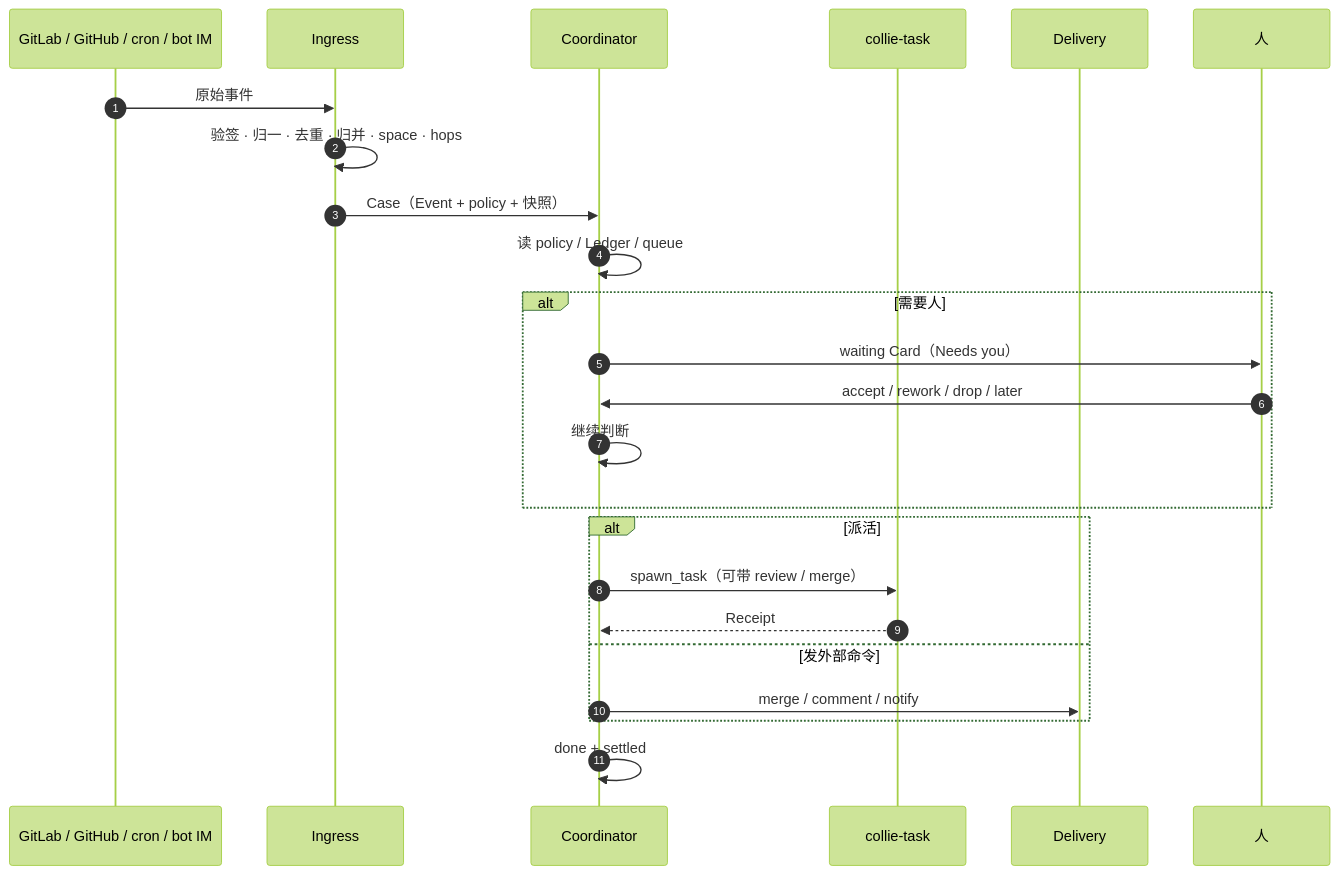
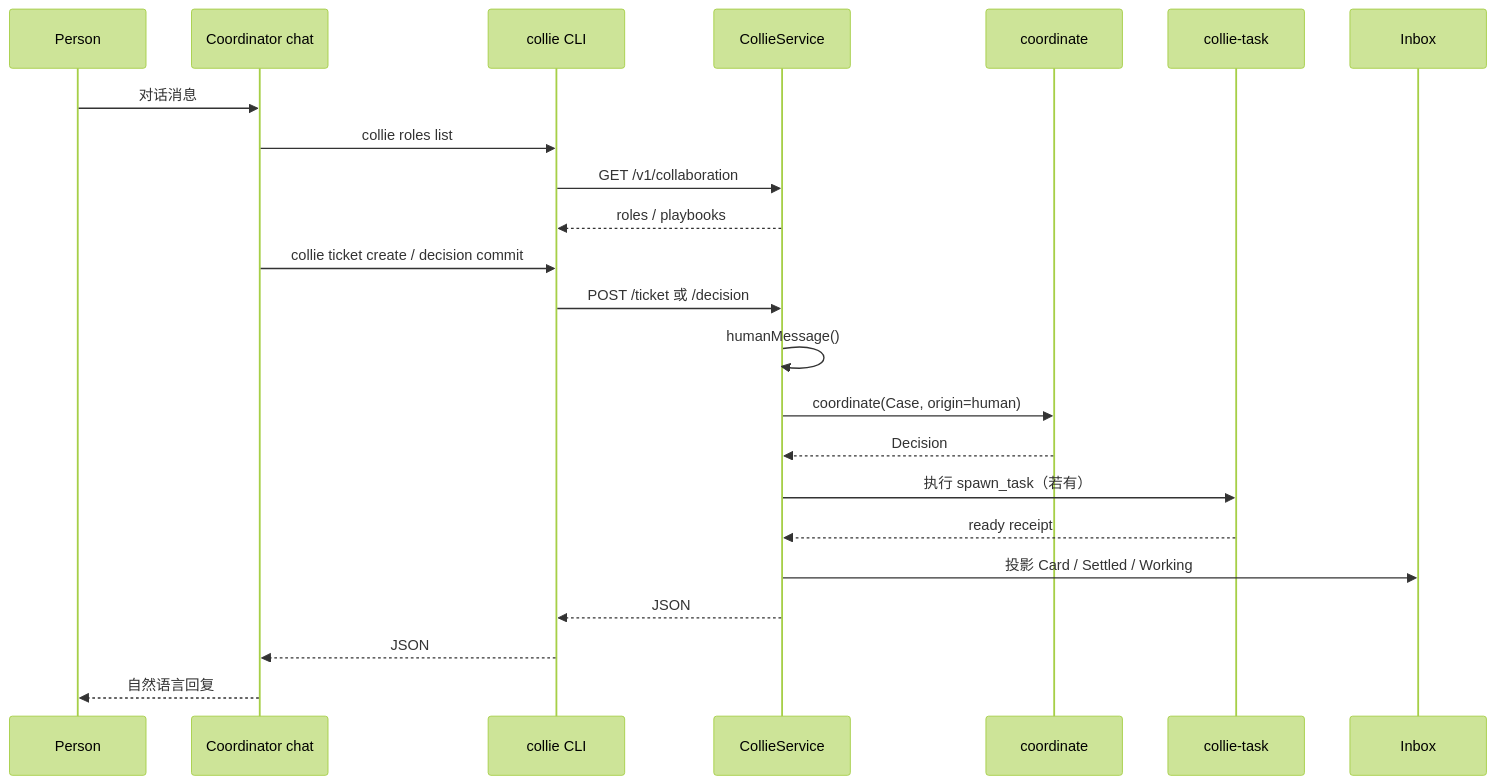
The fourth of 4 diagrams in docs/ARCHITECTURE.md (iodone/collie), drawn with Mermaid (forest theme) before and after one commit. The commit also changed other lines of this file and 151 other files, not shown here.

First line of the commit message:
feat: complete Collie collaboration and task lifecycle (#40)

````diff
--- a/docs/ARCHITECTURE.md
+++ b/docs/ARCHITECTURE.md
@@ -438,27 +744,25 @@
 ```mermaid
 sequenceDiagram
-  autonumber
-  participant S as GitLab / GitHub / cron / bot IM
-  participant I as Ingress
-  participant C as Coordinator
+  participant P as Person
+  participant C as Coordinator chat
+  participant CLI as collie CLI
+  participant S as CollieService
+  participant K as coordinate
   participant T as collie-task
-  participant E as Delivery
-  participant U as 人
-
-  S->>I: 原始事件
-  I->>I: 验签 · 归一 · 去重 · 归并 · space · hops
-  I->>C: Case（Event + policy + 快照）
-  C->>C: 读 policy / Ledger / queue
-  alt 需要人
-    C->>U: waiting Card（Needs you）
-    U->>C: accept / rework / drop / later
-    C->>C: 继续判断
-  end
-  alt 派活
-    C->>T: spawn_task（可带 review / merge）
-    T-->>C: Receipt
-  else 发外部命令
-    C->>E: merge / comment / notify
-  end
-  C->>C: done + settled
+  participant I as Inbox
+  P->>C: 对话消息
+  C->>CLI: collie roles list
+  CLI->>S: GET /v1/collaboration
+  S-->>CLI: roles / playbooks
+  C->>CLI: collie ticket create / decision commit
+  CLI->>S: POST /ticket 或 /decision
+  S->>S: humanMessage()
+  S->>K: coordinate(Case, origin=human)
+  K-->>S: Decision
+  S->>T: 执行 spawn_task（若有）
+  T-->>S: ready receipt
+  S->>I: 投影 Card / Settled / Working
+  S-->>CLI: JSON
+  CLI-->>C: JSON
+  C-->>P: 自然语言回复
 ```
````
